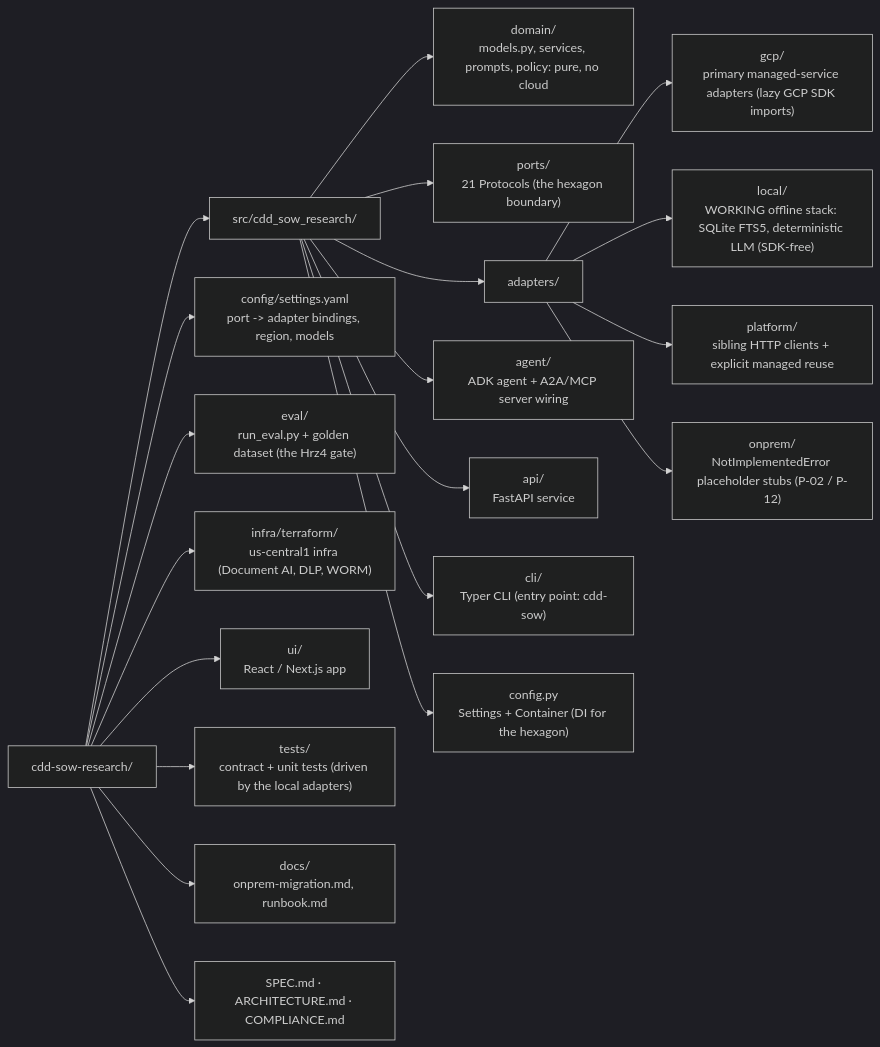
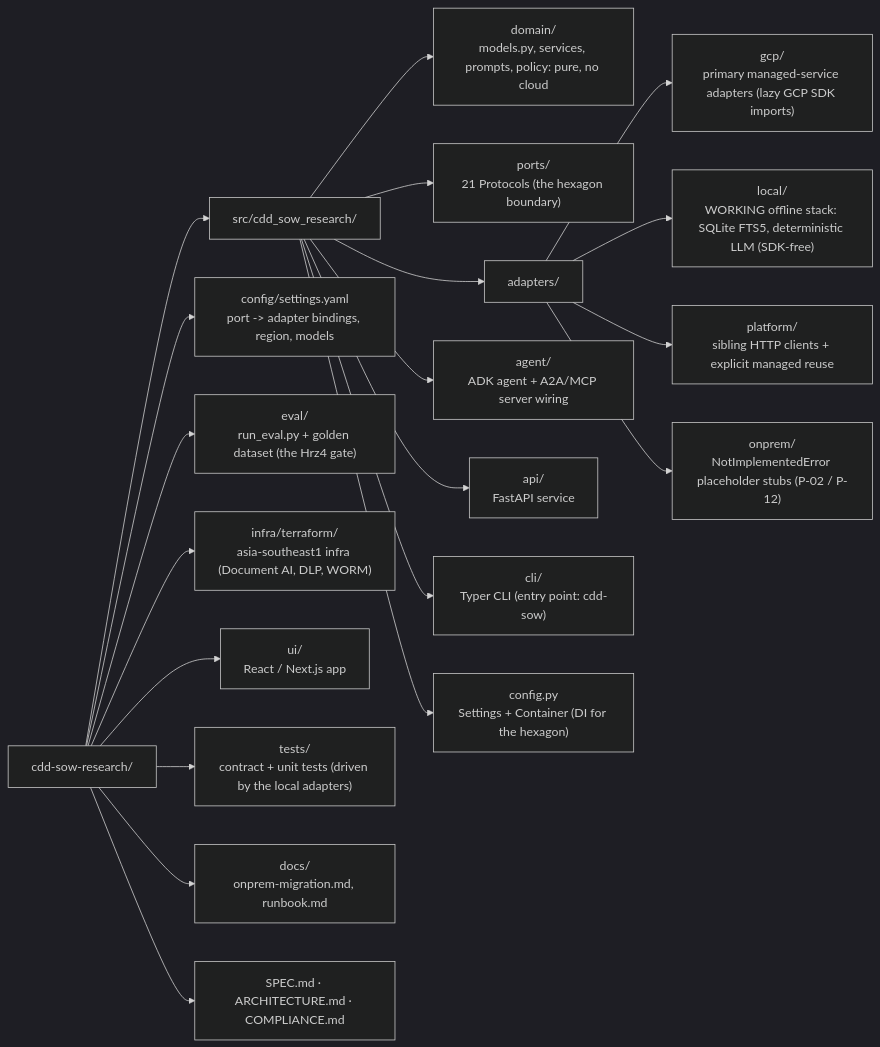
Before and after one commit to portable-genai/cdd-sow-research: the third of 3 diagrams in README.md, drawn with Mermaid (dark theme). The commit also changed other lines of this file and 22 other files, not shown here.

````diff
--- a/README.md
+++ b/README.md
@@ -427,43 +427,43 @@
 ```mermaid
 flowchart LR
     root["cdd-sow-research/"]
     src["src/cdd_sow_research/"]
     domain["domain/<br/>models.py, services, prompts, policy: pure, no cloud"]
     ports["ports/<br/>21 Protocols (the hexagon boundary)"]
     adapters["adapters/"]
     gcp["gcp/<br/>primary managed-service adapters (lazy GCP SDK imports)"]
     local["local/<br/>WORKING offline stack: SQLite FTS5, deterministic LLM (SDK-free)"]
     platform["platform/<br/>sibling HTTP clients + explicit managed reuse"]
     onprem["onprem/<br/>NotImplementedError placeholder stubs (P-02 / P-12)"]
     agent["agent/<br/>ADK agent + A2A/MCP server wiring"]
     api["api/<br/>FastAPI service"]
     cli["cli/<br/>Typer CLI (entry point: cdd-sow)"]
     srcconfig["config.py<br/>Settings + Container (DI for the hexagon)"]
     config["config/settings.yaml<br/>port -> adapter bindings, region, models"]
     eval["eval/<br/>run_eval.py + golden dataset (the Hrz4 gate)"]
-    terraform["infra/terraform/<br/>us-central1 infra (Document AI, DLP, WORM)"]
+    terraform["infra/terraform/<br/>asia-southeast1 infra (Document AI, DLP, WORM)"]
     ui["ui/<br/>React / Next.js app"]
     tests["tests/<br/>contract + unit tests (driven by the local adapters)"]
     docs["docs/<br/>onprem-migration.md, runbook.md"]
     topdocs["SPEC.md · ARCHITECTURE.md · COMPLIANCE.md"]
 
     root --> src
     src --> domain
     src --> ports
     src --> adapters
     adapters --> gcp
     adapters --> local
     adapters --> platform
     adapters --> onprem
     src --> agent
     src --> api
     src --> cli
     src --> srcconfig
     root --> config
     root --> eval
     root --> terraform
     root --> ui
     root --> tests
     root --> docs
     root --> topdocs
 ```
````
